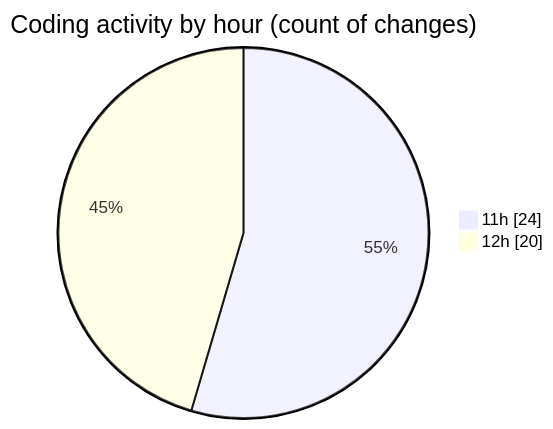
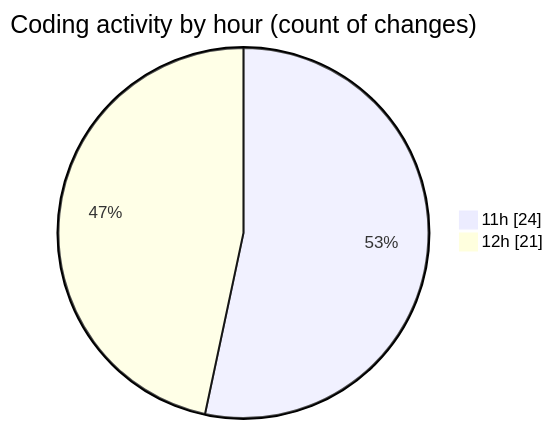
One commit to vahidmafi/code-tracking changed the second of 2 diagrams in 2025-07-21/shop/README.md. Above: the diagram before and after it, drawn with Mermaid. The commit also changed other lines of this file and 1 other file, not shown here.

````diff
--- a/2025-07-21/shop/README.md
+++ b/2025-07-21/shop/README.md
@@ -34,6 +34,6 @@
 ```mermaid
 pie showData
 title Coding activity by hour (count of changes)
 "11h" : 24
-"12h" : 20
+"12h" : 21
 ```
````
